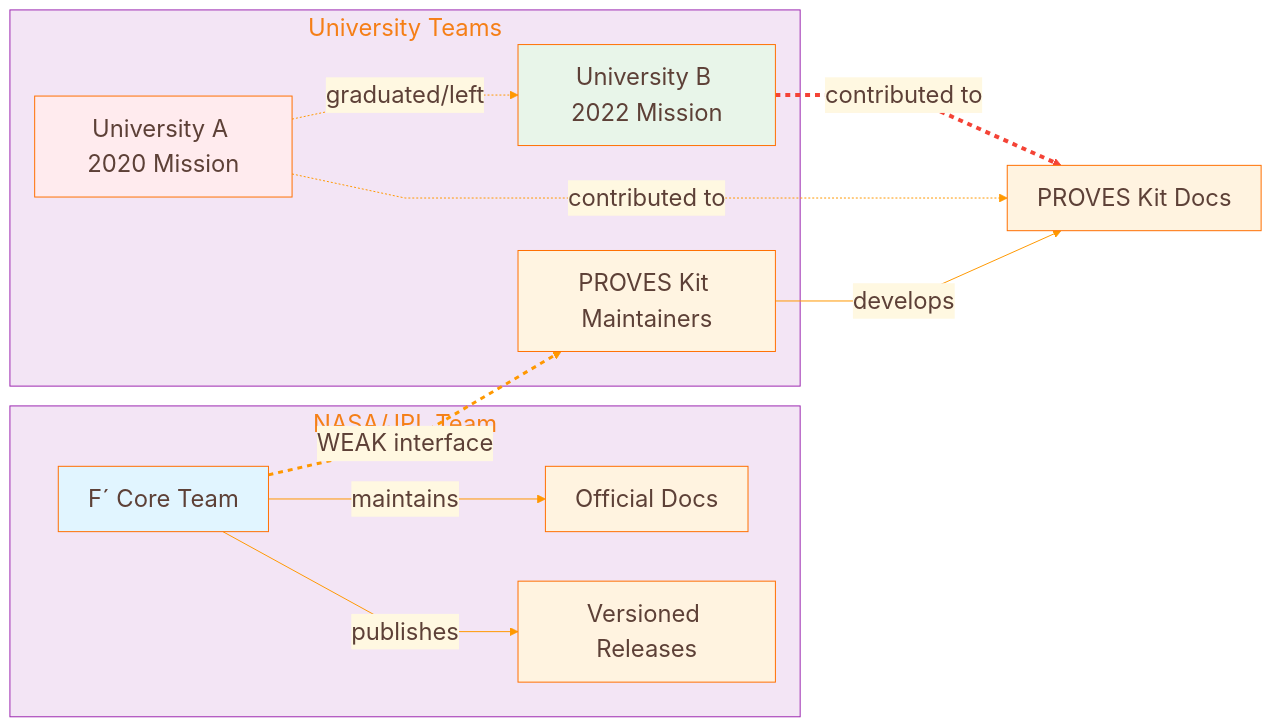
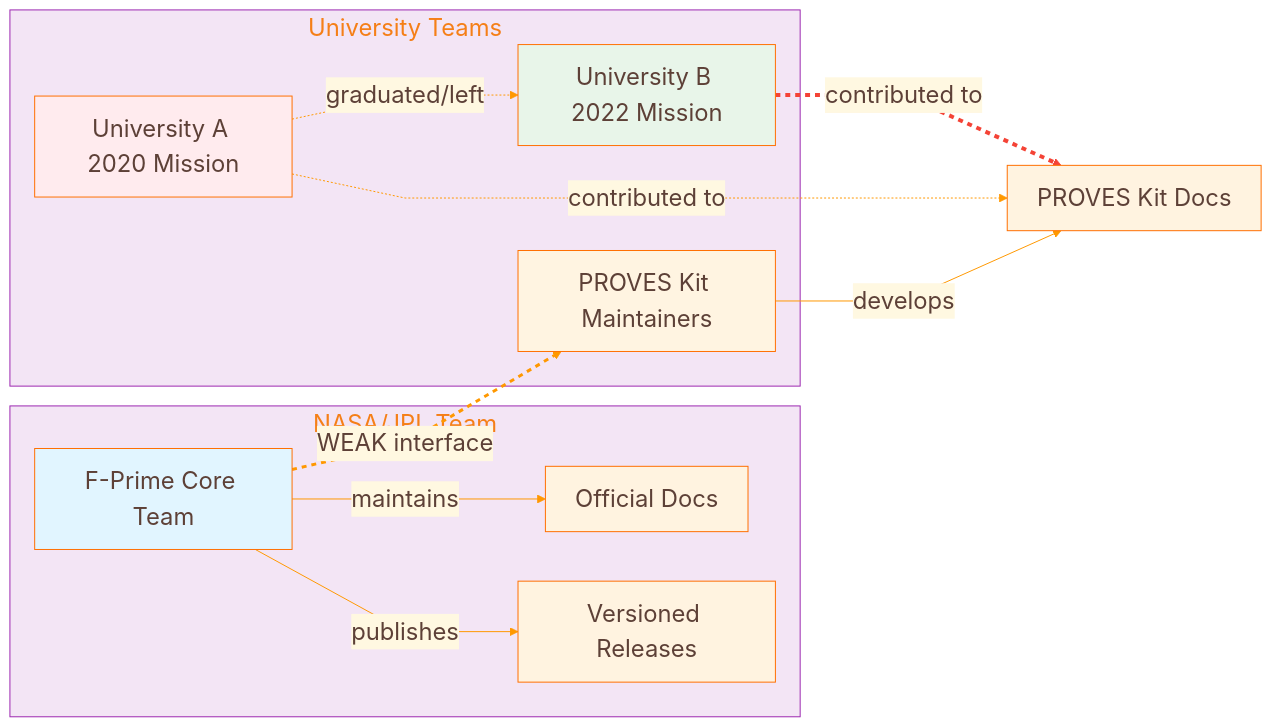
One commit to Lizo-RoadTown/PROVES_LIBRARY changed the fifth of 6 diagrams in docs/diagrams/cross-system.md. Above: the diagram before and after it, drawn with Mermaid. The commit also changed other lines of this file and 5 other files, not shown here.

```diff
--- a/docs/diagrams/cross-system.md
+++ b/docs/diagrams/cross-system.md
@@ -1309,7 +1309,7 @@
 ---
 flowchart LR
     subgraph "NASA/JPL Team"
-        F_TEAM[F´ Core Team]
+        F_TEAM[F-Prime Core Team]
         F_DOC[Official Docs]
         F_VER[Versioned Releases]
     end
```
